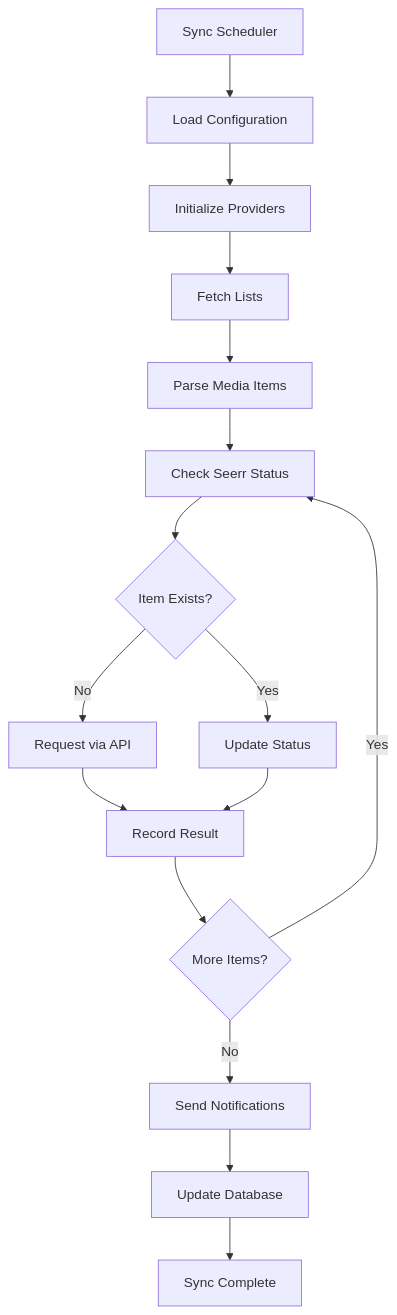
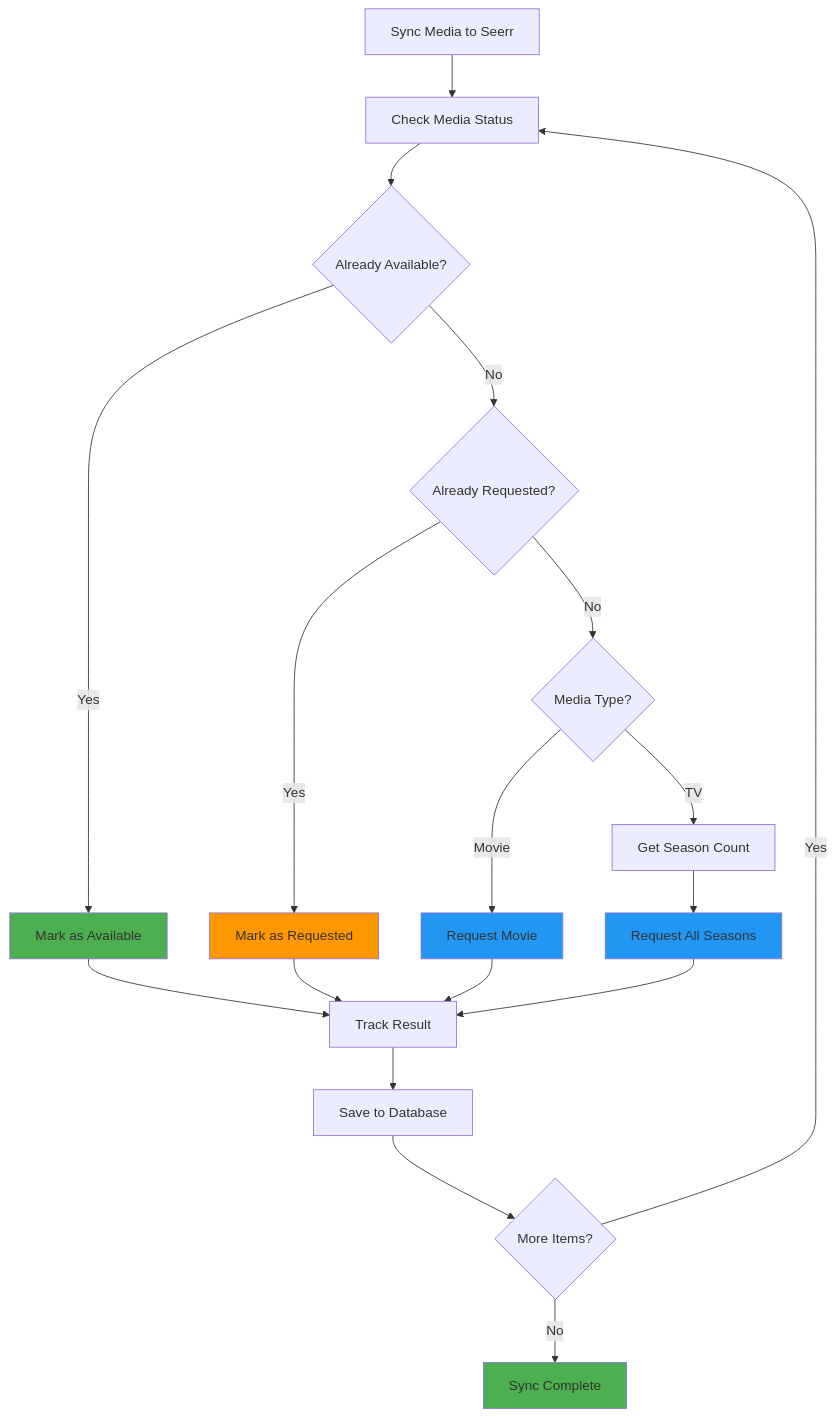
Before and after one commit to martynvdijke/listsync: the ninth of 20 diagrams in docs/architecture.md, drawn with Mermaid. The commit also changed other lines of this file and 21 other files, not shown here.

````diff
--- a/docs/architecture.md
+++ b/docs/architecture.md
@@ -173,18 +478,29 @@
 ```mermaid
-graph TD
-    A[Sync Scheduler] --> B[Load Configuration]
-    B --> C[Initialize Providers]
-    C --> D[Fetch Lists]
-    D --> E[Parse Media Items]
-    E --> F[Check Seerr Status]
-    F --> G{Item Exists?}
-    G -->|No| H[Request via API]
-    G -->|Yes| I[Update Status]
-    H --> J[Record Result]
-    I --> J
-    J --> K{More Items?}
-    K -->|Yes| F
-    K -->|No| L[Send Notifications]
-    L --> M[Update Database]
-    M --> N[Sync Complete]
+flowchart TD
+    A[Sync Media to Seerr] --> B[Check Media Status]
+    B --> C{Already Available?}
+    C -->|Yes| D[Mark as Available]
+    C -->|No| E{Already Requested?}
+    E -->|Yes| F[Mark as Requested]
+    E -->|No| G{Media Type?}
+    
+    G -->|Movie| H[Request Movie]
+    G -->|TV| I[Get Season Count]
+    I --> J[Request All Seasons]
+    
+    H --> K[Track Result]
+    J --> K
+    D --> K
+    F --> K
+    
+    K --> L[Save to Database]
+    L --> M{More Items?}
+    M -->|Yes| B
+    M -->|No| N[Sync Complete]
+    
+    style D fill:#4CAF50
+    style F fill:#FF9800
+    style H fill:#2196F3
+    style J fill:#2196F3
+    style N fill:#4CAF50
 ```
````
